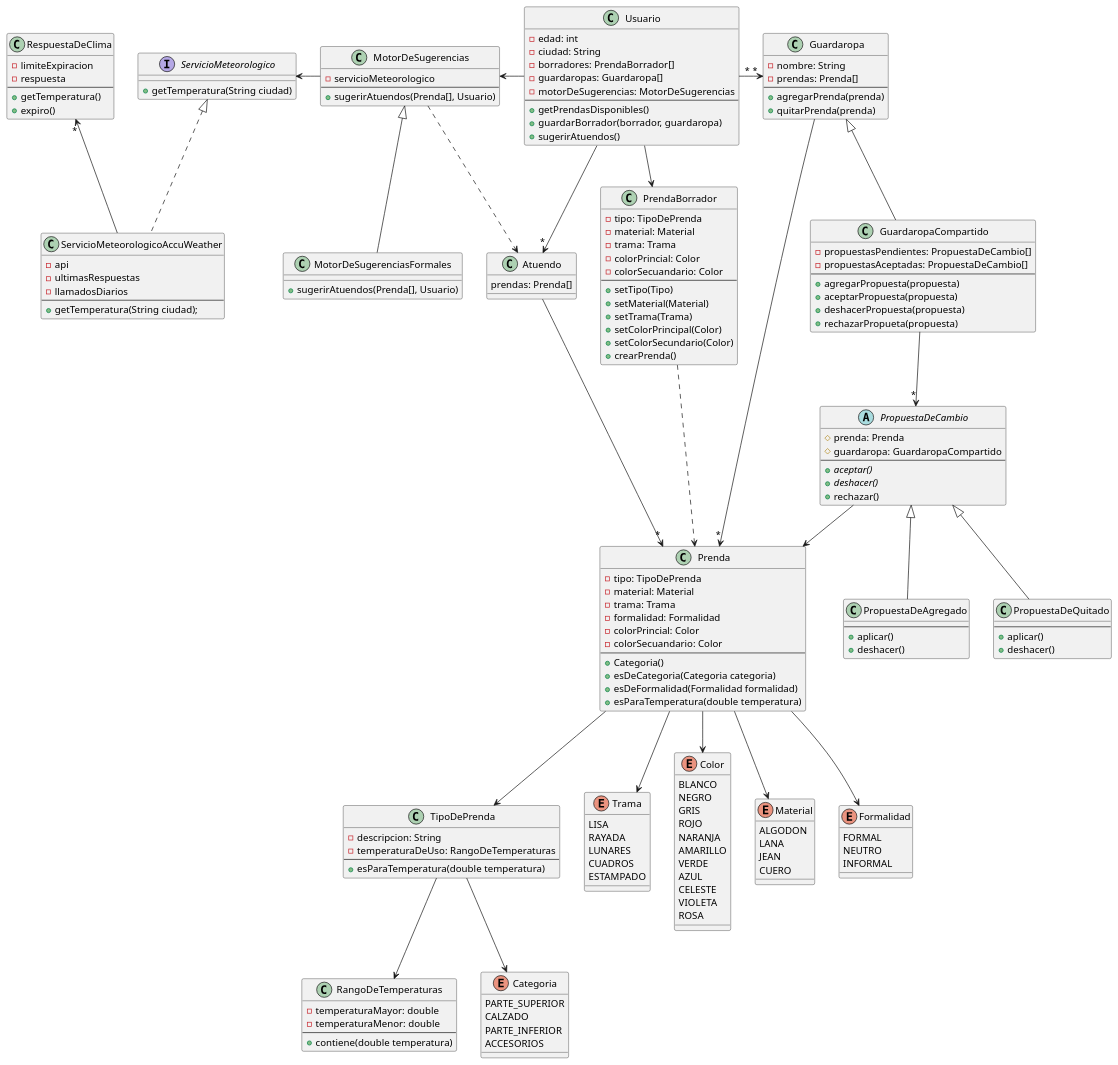
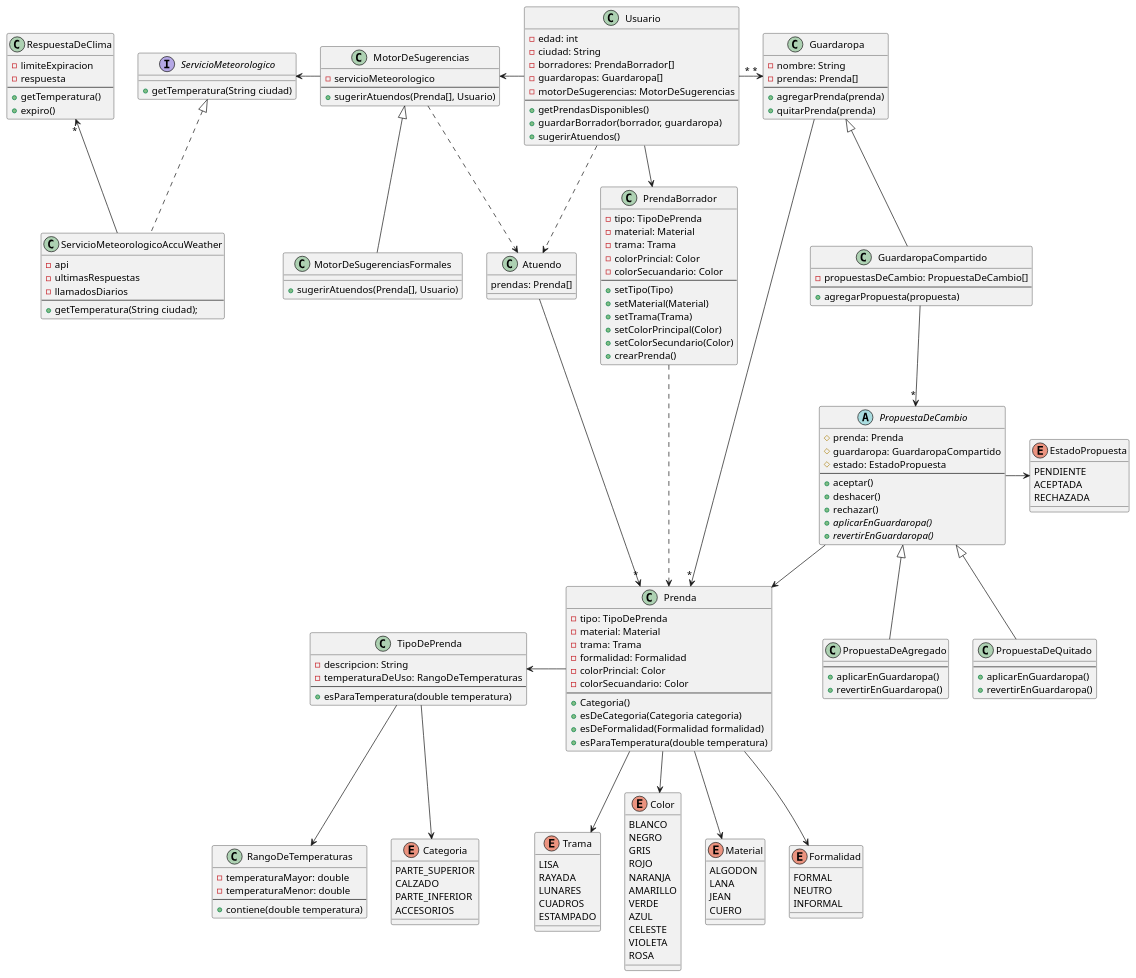
Before and after one commit to lrizzitano/tp-que-me-pongo: the diagram in src/Diagrama-Entidades.puml, drawn with PlantUML. The commit also changed 6 other files, not shown here.

```diff
--- a/src/Diagrama-Entidades.puml
+++ b/src/Diagrama-Entidades.puml
@@ -21,34 +21,33 @@
 }
 
 class GuardaropaCompartido extends Guardaropa {
-    - propuestasPendientes: PropuestaDeCambio[]
-    - propuestasAceptadas: PropuestaDeCambio[]
+    - propuestasDeCambio: PropuestaDeCambio[]
     --
     + agregarPropuesta(propuesta)
-    + aceptarPropuesta(propuesta)
-    + deshacerPropuesta(propuesta)
-    + rechazarPropueta(propuesta)
 }
 
 abstract class PropuestaDeCambio {
     # prenda: Prenda
     # guardaropa: GuardaropaCompartido
+    # estado: EstadoPropuesta
     --
-    + {abstract} aceptar()
-    + {abstract} deshacer()
+    + aceptar()
+    + deshacer()
     + rechazar()
+    + {abstract} aplicarEnGuardaropa()
+    + {abstract} revertirEnGuardaropa()
 }
 
 class PropuestaDeAgregado extends PropuestaDeCambio {
     --
-    + aplicar()
-    + deshacer()
+    + aplicarEnGuardaropa()
+    + revertirEnGuardaropa()
 }
 
 class PropuestaDeQuitado extends PropuestaDeCambio {
     --
-    + aplicar()
-    + deshacer()
+    + aplicarEnGuardaropa()
+    + revertirEnGuardaropa()
 }
 
 class Atuendo {
@@ -170,11 +169,17 @@
     INFORMAL
 }
 
+enum EstadoPropuesta {
+    PENDIENTE
+    ACEPTADA
+    RECHAZADA
+}
+
 Atuendo -->"*" Prenda
 Atuendo -[hidden]r- PrendaBorrador
 
 Usuario --> PrendaBorrador
-Usuario -->"*" Atuendo
+Usuario ..> Atuendo
 Usuario -l-> MotorDeSugerencias
 Usuario "*"-r->"*" Guardaropa
 
@@ -183,15 +188,17 @@
 GuardaropaCompartido -->"*" PropuestaDeCambio
 
 PropuestaDeCambio --> Prenda
+PropuestaDeCambio -> EstadoPropuesta
 
 PrendaBorrador ..> Prenda
 
-Prenda --> TipoDePrenda
+Prenda -l-> TipoDePrenda
 Prenda --> Material
 Prenda --> Trama
 Prenda --> Formalidad
 Prenda --> Color
 
+TipoDePrenda -[hidden]u-- MotorDeSugerenciasFormales
 TipoDePrenda --> Categoria
 TipoDePrenda --> RangoDeTemperaturas
 
```
